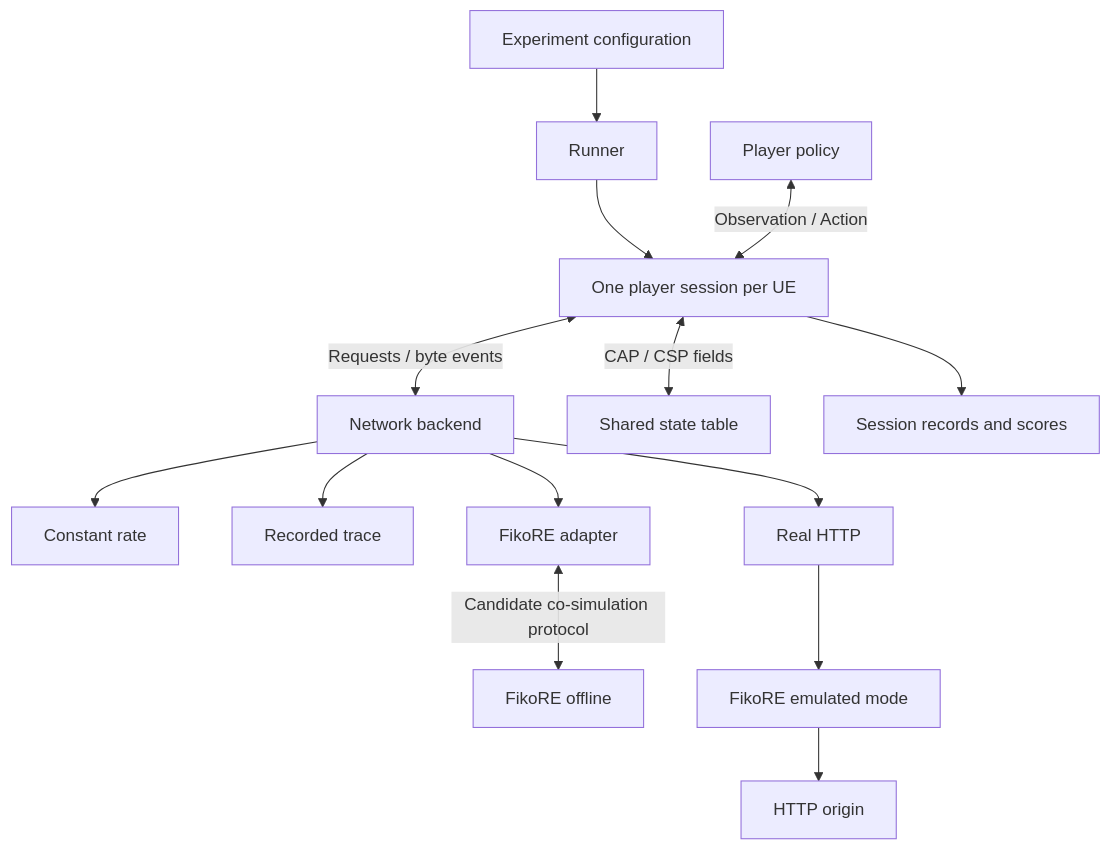
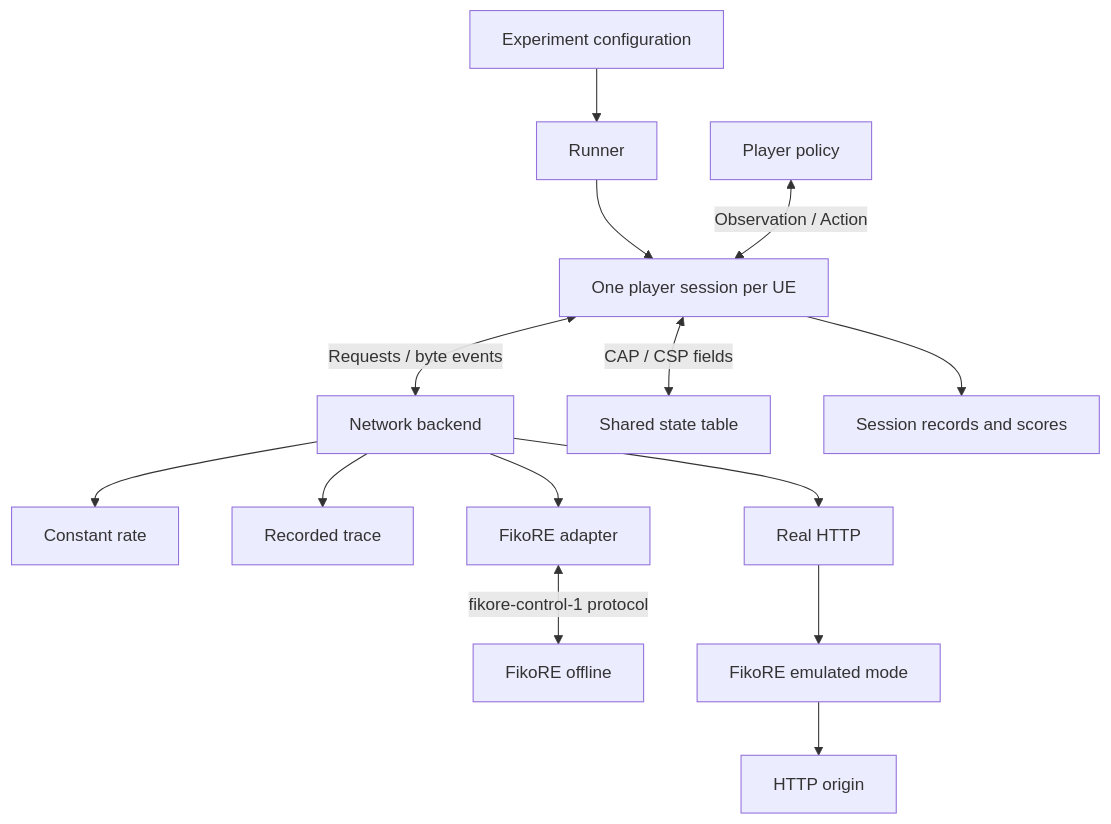
The diagram in docs/README.md (VQEG/cap-csp-collaboration-test-pilot), drawn with Mermaid before and after one commit. The commit also changed other lines of this file and 9 other files, not shown here.

Commit message:
docs: align co-simulation with FikoRE's control protocol

````diff
--- a/docs/README.md
+++ b/docs/README.md
@@ -16,16 +16,16 @@
 ```mermaid
 flowchart TB
     C[Experiment configuration] --> R[Runner]
     R --> S[One player session per UE]
     P[Player policy] <-->|Observation / Action| S
     S <-->|Requests / byte events| N[Network backend]
     N --> CR[Constant rate]
     N --> T[Recorded trace]
     N --> FA[FikoRE adapter]
     N --> H[Real HTTP]
-    FA <-->|Candidate co-simulation protocol| F[FikoRE offline]
+    FA <-->|fikore-control-1 protocol| F[FikoRE offline]
     H --> FE[FikoRE emulated mode]
     FE --> HS[HTTP origin]
     S <-->|CAP / CSP fields| X[Shared state table]
     S --> O[Session records and scores]
 ```
````
